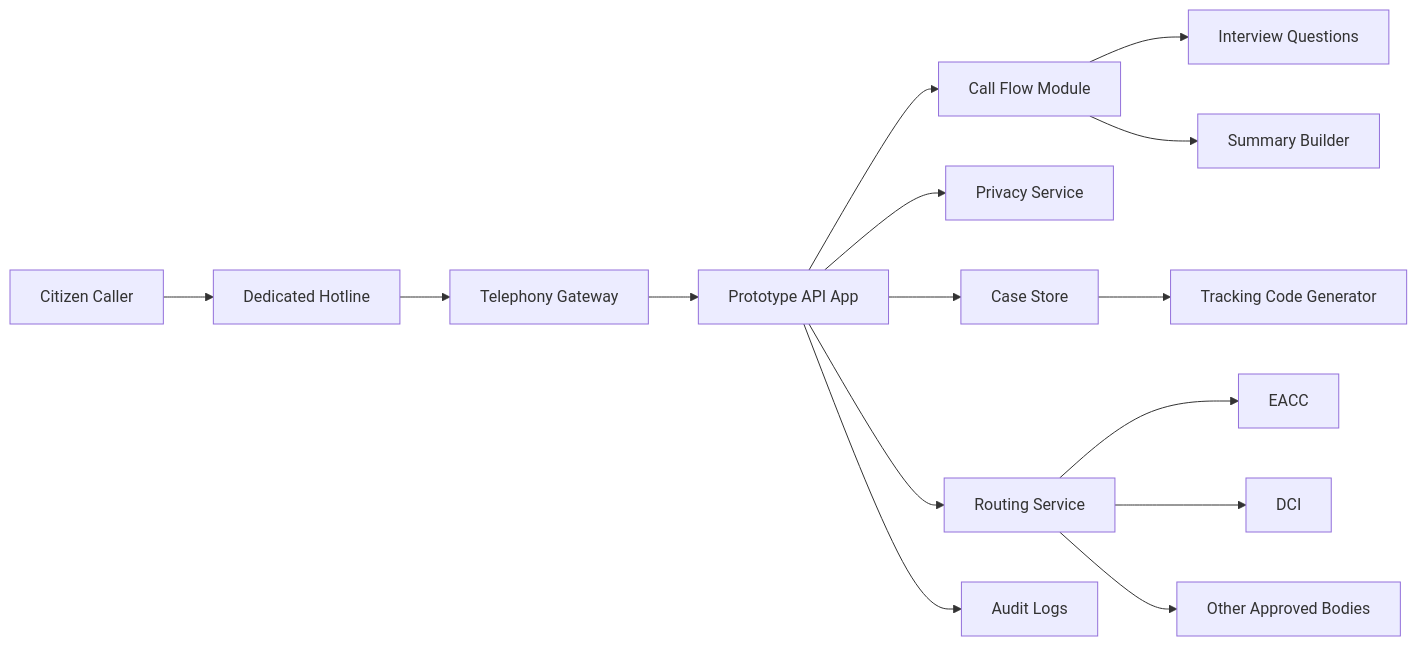
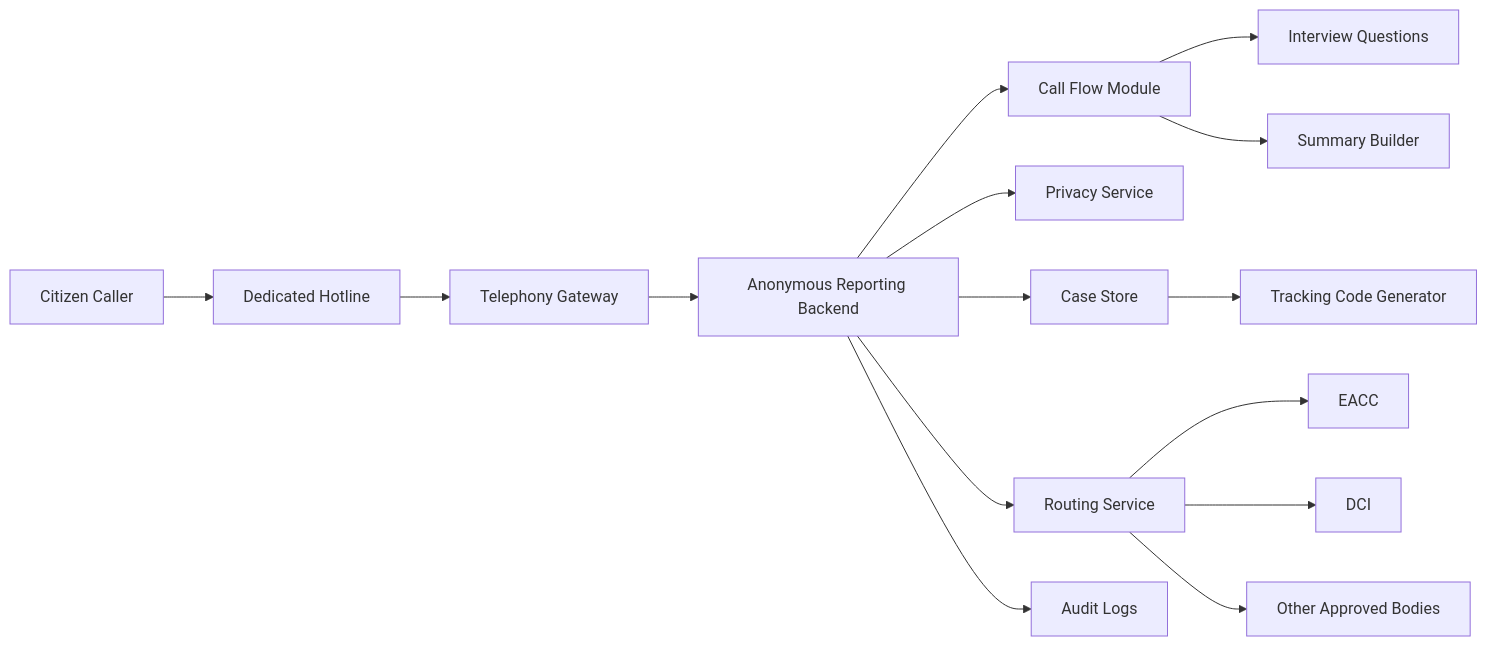
One commit to luchetu/ripoti-kwa-siri changed the diagram in README.md. Above: the diagram before and after it, drawn with Mermaid. The commit also changed 1 other file, not shown here.

Commit message:
Refine backend wording in architecture docs

````diff
--- a/README.md
+++ b/README.md
@@ -17,21 +17,21 @@
 ```mermaid
 flowchart LR
     A["Citizen Caller"] --> B["Dedicated Hotline"]
     B --> C["Telephony Gateway"]
-    C --> D["Prototype API App"]
+    C --> D["Anonymous Reporting Backend"]
 
     D --> E["Call Flow Module"]
     D --> F["Privacy Service"]
     D --> G["Case Store"]
     D --> H["Routing Service"]
 
     E --> E1["Interview Questions"]
     E --> E2["Summary Builder"]
     G --> G1["Tracking Code Generator"]
 
     H --> I["EACC"]
     H --> J["DCI"]
     H --> K["Other Approved Bodies"]
 
     D --> L["Audit Logs"]
 ```
````
